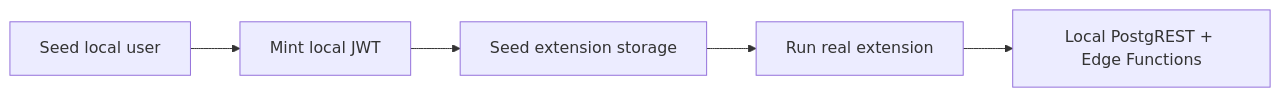
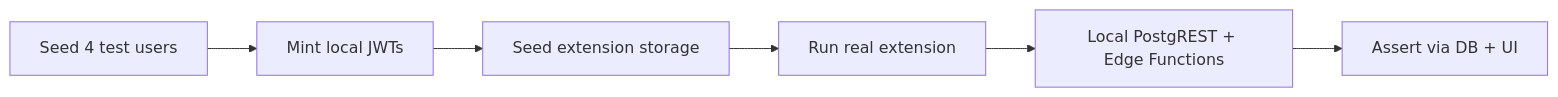
Before and after one commit to fettstorch/mustard: the first of 2 diagrams in TESTING.md, drawn with Mermaid. The commit also changed other lines of this file and 13 other files, not shown here.

First line of the commit message:
test(auth-e2e): expand to multi-user fixture infrastructure

````diff
--- a/TESTING.md
+++ b/TESTING.md
@@ -83,7 +88,8 @@
 ```mermaid
 flowchart LR
-  Seed[Seed local user] --> JWT[Mint local JWT]
+  Seed[Seed 4 test users] --> JWT[Mint local JWTs]
   JWT --> Storage[Seed extension storage]
   Storage --> Extension[Run real extension]
   Extension --> Local[Local PostgREST + Edge Functions]
+  Local --> Assert[Assert via DB + UI]
 ```
````
